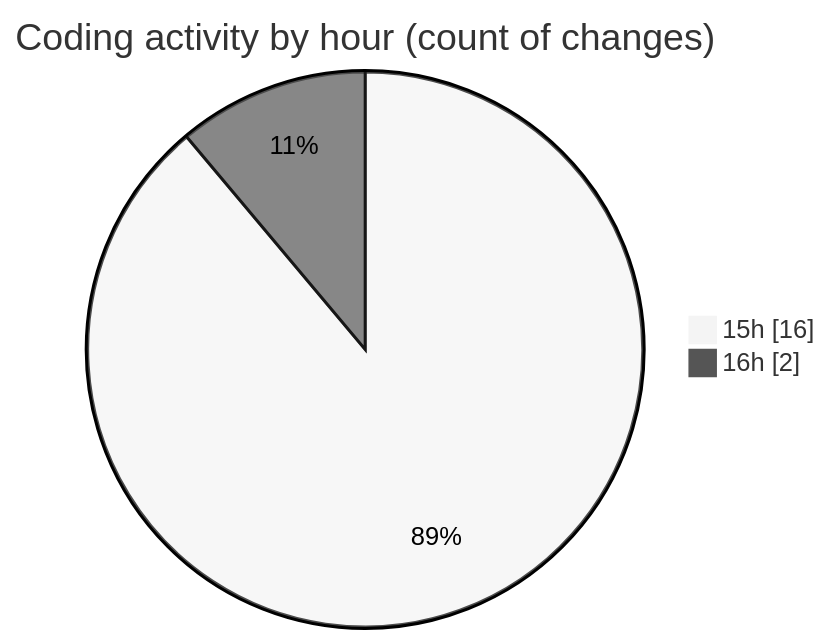
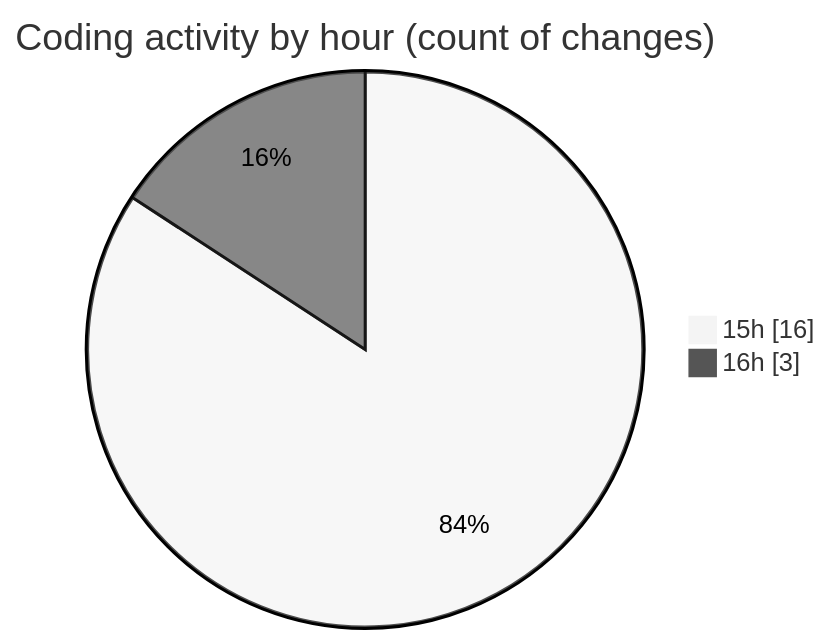
The second of 2 diagrams in 2025-10-01/oura-api/README.md (mevix1/code-tracking), drawn with Mermaid (neutral theme) before and after one commit. The commit also changed other lines of this file and 1 other file, not shown here.

````diff
--- a/2025-10-01/oura-api/README.md
+++ b/2025-10-01/oura-api/README.md
@@ -35,6 +36,6 @@
 ```mermaid
 pie showData
 title Coding activity by hour (count of changes)
 "15h" : 16
-"16h" : 2
+"16h" : 3
 ```
````
